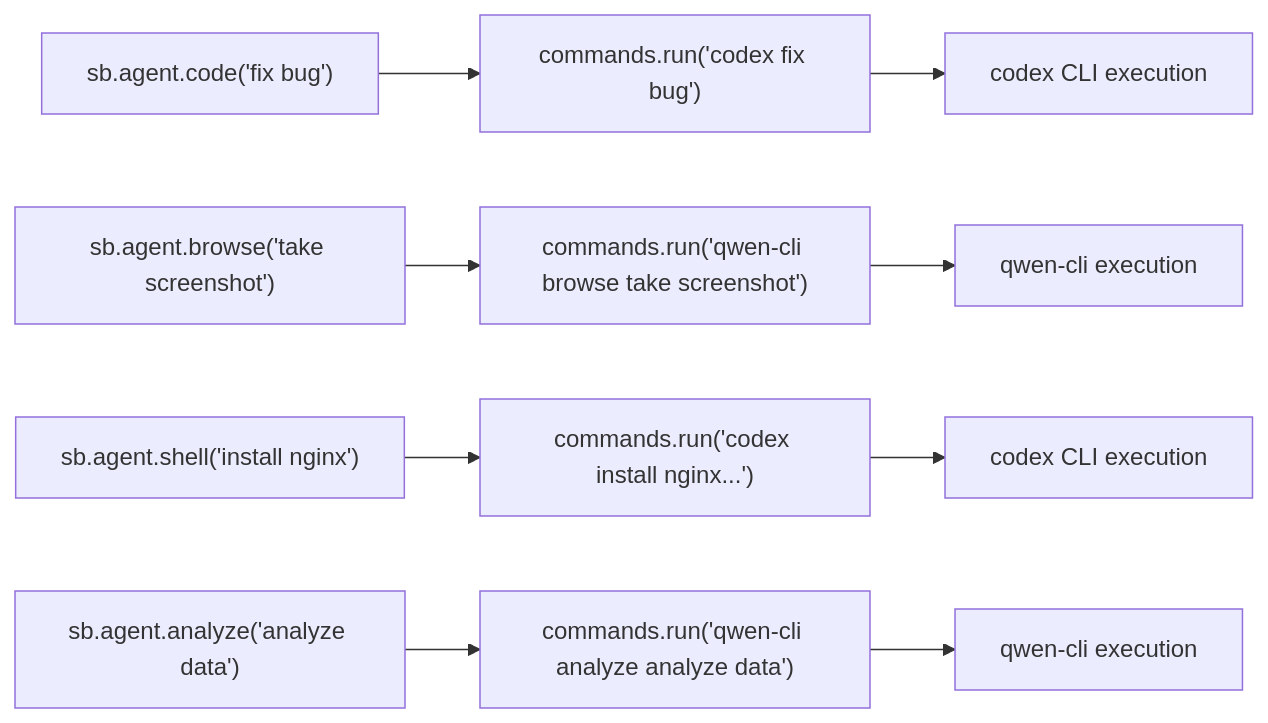
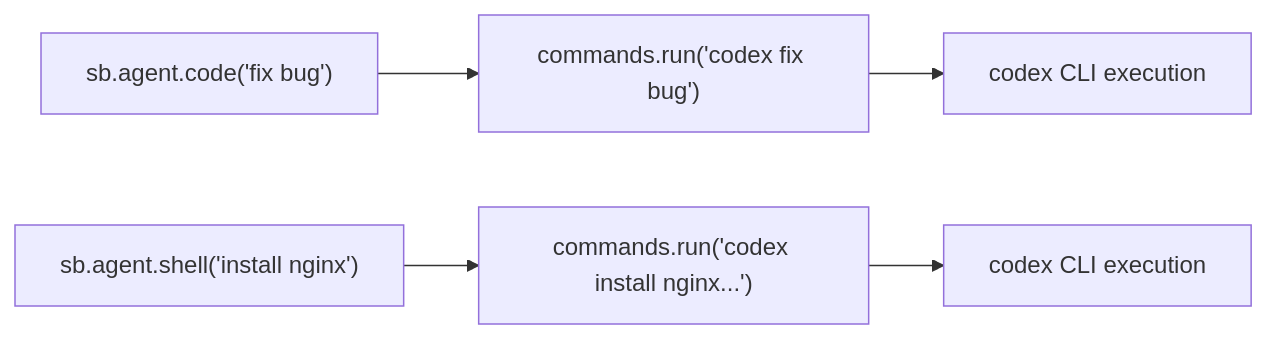
The first of 2 diagrams in docs/en/design/built-in-agents.md (Easy-Sandbox/easy-sandbox), drawn with Mermaid before and after one commit. The commit also changed other lines of this file and 357 other files, not shown here.

````diff
--- a/docs/en/design/built-in-agents.md
+++ b/docs/en/design/built-in-agents.md
@@ -55,11 +55,7 @@
 ```mermaid
 graph LR
     A1["sb.agent.code('fix bug')"] --> B1["commands.run('codex fix bug')"]
     B1 --> C1[codex CLI execution]
-    A2["sb.agent.browse('take screenshot')"] --> B2["commands.run('qwen-cli browse take screenshot')"]
-    B2 --> C2[qwen-cli execution]
     A3["sb.agent.shell('install nginx')"] --> B3["commands.run('codex install nginx...')"]
     B3 --> C3[codex CLI execution]
-    A4["sb.agent.analyze('analyze data')"] --> B4["commands.run('qwen-cli analyze analyze data')"]
-    B4 --> C4[qwen-cli execution]
 ```
````
